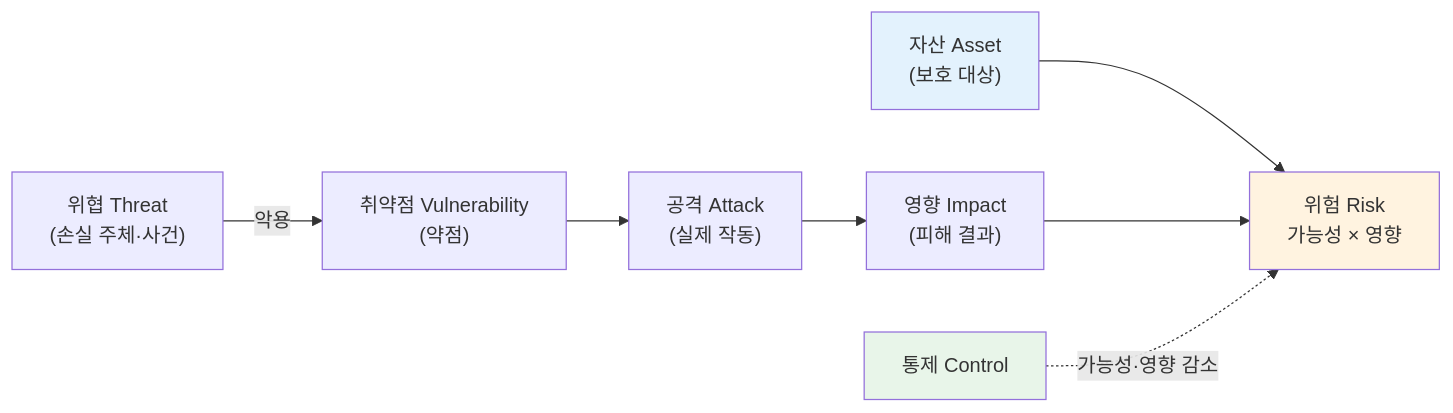
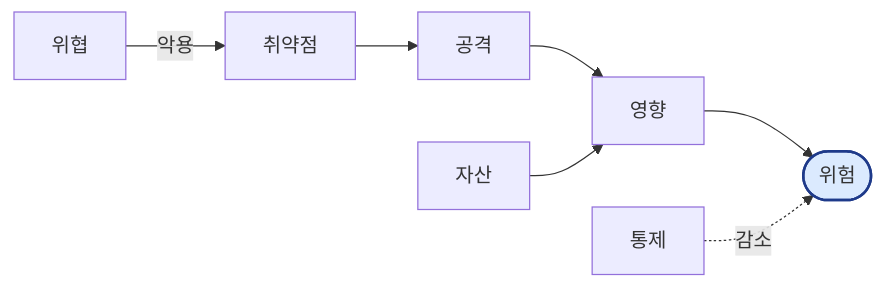
The first of 5 diagrams in 01_보안개념_CIA_정리.md (KMUTMU/information-security), drawn with Mermaid before and after one commit. The commit also changed other lines of this file and 5 other files, not shown here.

Commit message:
Mermaid 다이어그램 가독성 개선: 짧은 라벨·이모지 제거·색상 최소화

````diff
--- a/01_보안개념_CIA_정리.md
+++ b/01_보안개념_CIA_정리.md
@@ -12,12 +12,11 @@
 ```mermaid
 flowchart LR
-    A["자산 Asset<br/>(보호 대상)"] --> R["위험 Risk<br/>가능성 × 영향"]
-    T["위협 Threat<br/>(손실 주체·사건)"] -->|악용| V["취약점 Vulnerability<br/>(약점)"]
-    V --> AT["공격 Attack<br/>(실제 작동)"]
-    AT --> IM["영향 Impact<br/>(피해 결과)"]
-    IM --> R
-    C["통제 Control"] -.->|가능성·영향 감소| R
-    style A fill:#e3f2fd
-    style C fill:#e8f5e9
-    style R fill:#fff3e0
+    T["위협"] -->|악용| V["취약점"]
+    V --> AT["공격"]
+    AT --> IM["영향"]
+    A["자산"] --> IM
+    IM --> R(["위험"])
+    C["통제"] -.->|감소| R
+    classDef key fill:#dbeafe,stroke:#1e3a8a,stroke-width:2px
+    class R key
 ```
````
